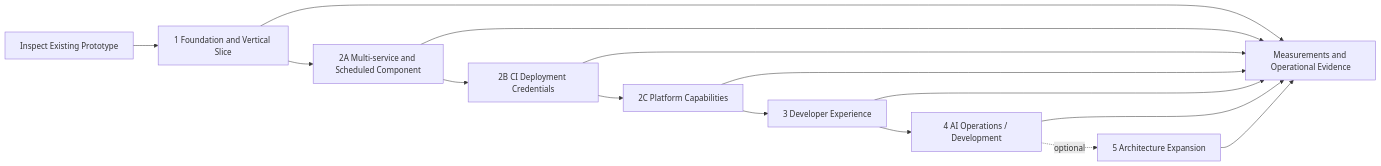
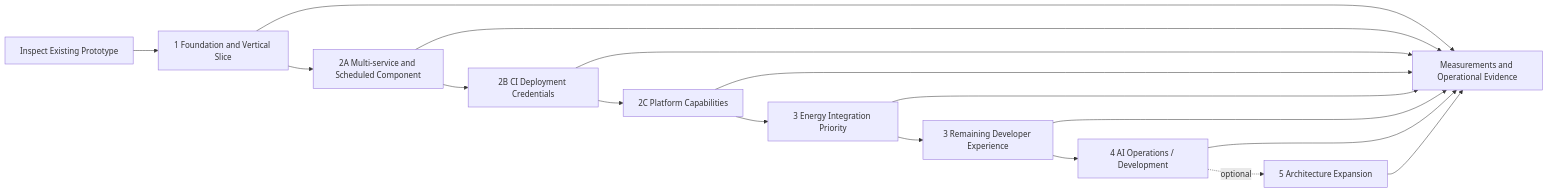
One commit to eseidinger/developer-platform changed the diagram in docs/maintainers/delivery/README.md. Above: the diagram before and after it, drawn with Mermaid. The commit also changed other lines of this file and 4 other files, not shown here.

Commit message:
docs: prioritize energy system integration

````diff
--- a/docs/maintainers/delivery/README.md
+++ b/docs/maintainers/delivery/README.md
@@ -33,17 +34,19 @@
 ```mermaid
 flowchart LR
     Baseline["Inspect Existing Prototype"] --> P1["1 Foundation and Vertical Slice"]
     P1 --> P2A["2A Multi-service and Scheduled Component"]
     P2A --> P2B["2B CI Deployment Credentials"]
     P2B --> P2C["2C Platform Capabilities"]
-    P2C --> P3["3 Developer Experience"]
+    P2C --> P3E["3 Energy Integration Priority"]
+    P3E --> P3["3 Remaining Developer Experience"]
     P3 --> P4["4 AI Operations / Development"]
     P4 -. "optional" .-> P5["5 Architecture Expansion"]
     P1 --> Evidence["Measurements and Operational Evidence"]
     P2A --> Evidence
     P2B --> Evidence
     P2C --> Evidence
+    P3E --> Evidence
     P3 --> Evidence
     P4 --> Evidence
     P5 --> Evidence
 ```
````
